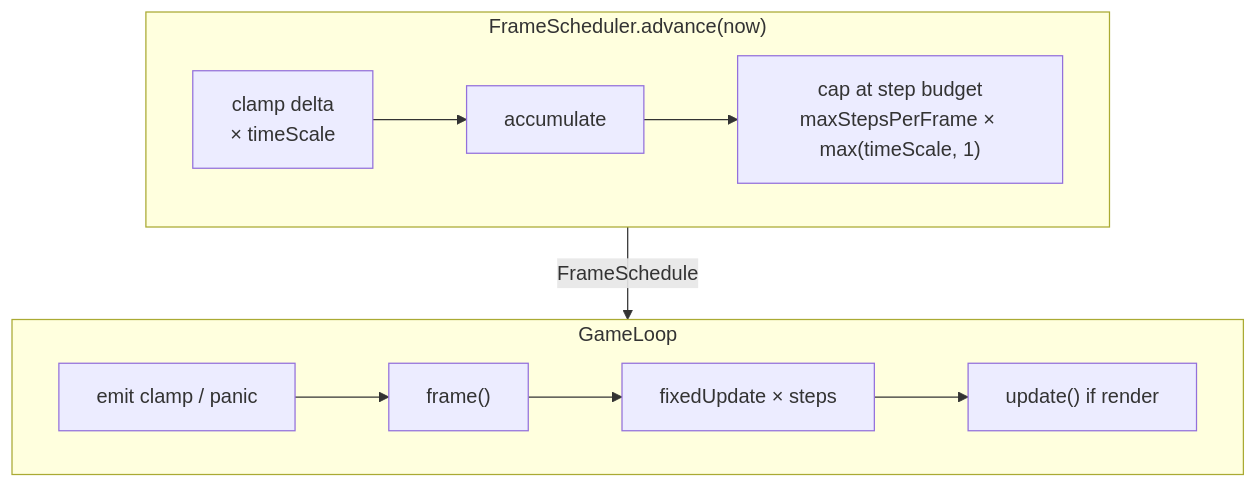
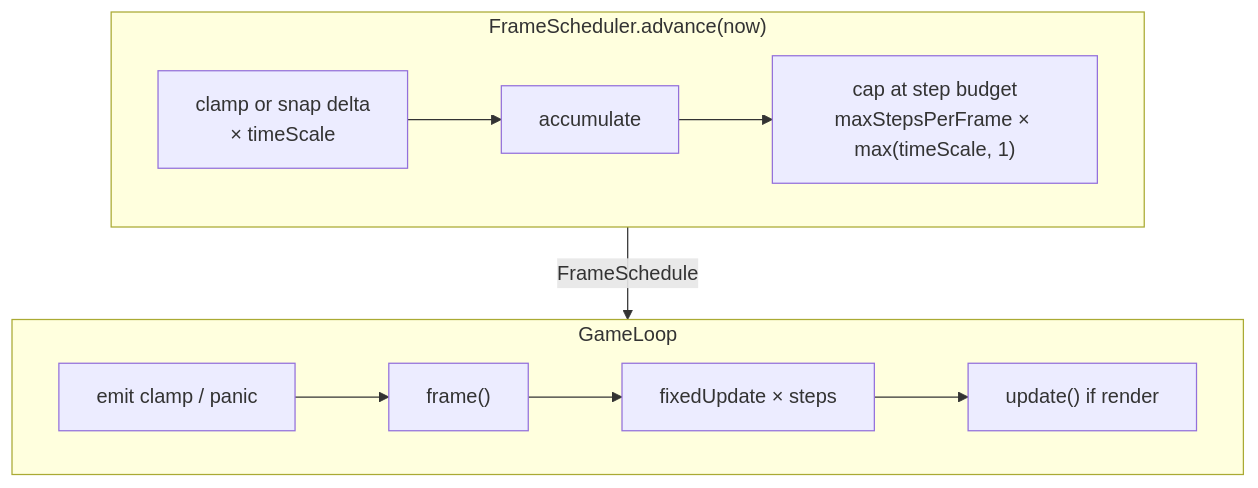
Before and after one commit to JollyPixel/editor: the second of 3 diagrams in packages/loop/ARCHITECTURE.md, drawn with Mermaid. The commit also changed other lines of this file and 21 other files, not shown here.

````diff
--- a/packages/loop/ARCHITECTURE.md
+++ b/packages/loop/ARCHITECTURE.md
@@ -40,12 +41,12 @@
 ```mermaid
 flowchart TB
     subgraph Scheduler["FrameScheduler.advance(now)"]
         direction LR
-        Delta["clamp delta<br/>× timeScale"] --> Accumulate["accumulate"] --> Cap["cap at step budget<br/>maxStepsPerFrame × max(timeScale, 1)"]
+        Delta["clamp or snap delta<br/>× timeScale"] --> Accumulate["accumulate"] --> Cap["cap at step budget<br/>maxStepsPerFrame × max(timeScale, 1)"]
     end
     subgraph Loop["GameLoop"]
         direction LR
         Events["emit clamp / panic"] --> Frame["frame()"] --> Fixed["fixedUpdate × steps"] --> Update["update() if render"]
     end
     Scheduler -->|"FrameSchedule"| Loop
 ```
````
